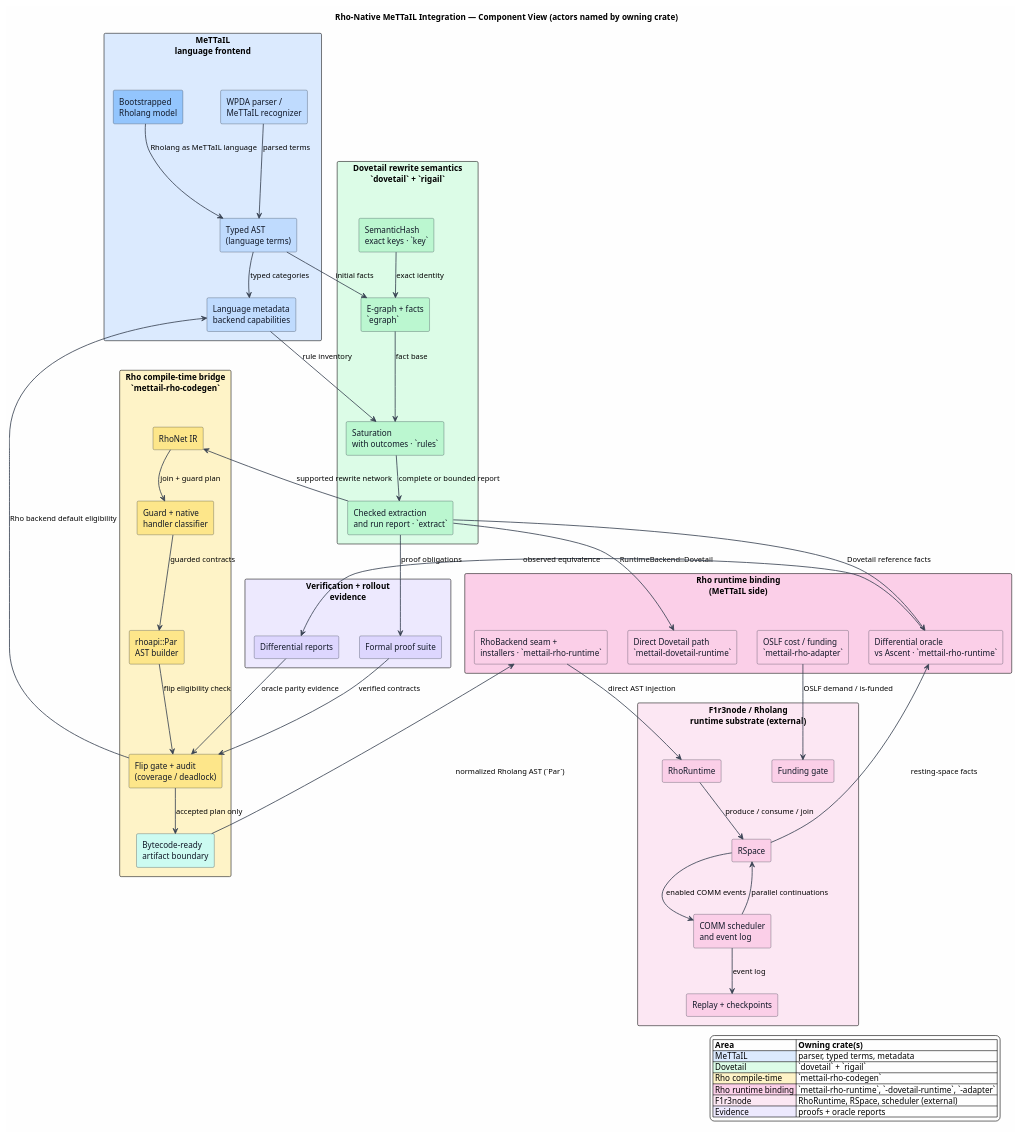
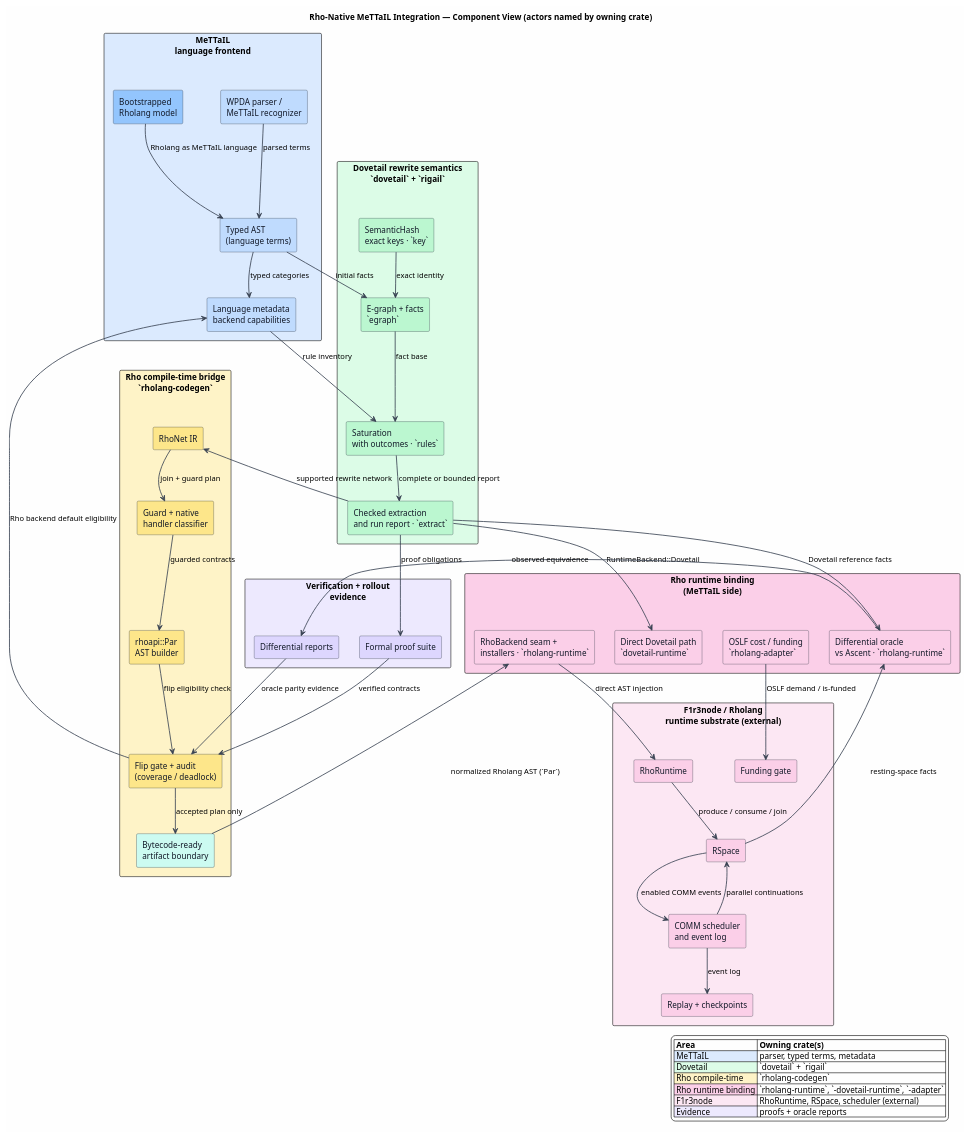
The diagram in docs/architecture/rho-native-integration/figures/README.puml (F1R3FLY-io/mettail-rust), drawn with PlantUML before and after one commit. The commit also changed 188 other files, not shown here.

```diff
--- a/docs/architecture/rho-native-integration/figures/README.puml
+++ b/docs/architecture/rho-native-integration/figures/README.puml
@@ -1,94 +1,94 @@
 @startuml
 title Rho-Native MeTTaIL Integration — Component View (actors named by owning crate)
 
 skinparam backgroundColor #FEFEFE
 skinparam componentStyle rectangle
 skinparam shadowing false
 skinparam ArrowColor #374151
 skinparam ArrowThickness 1.4
 skinparam component {
   BorderColor #1F2937
   FontColor #111827
 }
 
 rectangle "MeTTaIL\nlanguage frontend" as M #DBEAFE {
   component "WPDA parser /\nMeTTaIL recognizer" as Parser #BFDBFE
   component "Typed AST\n(language terms)" as AST #BFDBFE
   component "Language metadata\nbackend capabilities" as Metadata #BFDBFE
   component "Bootstrapped\nRholang model" as RhoModel #93C5FD
 }
 
 rectangle "Dovetail rewrite semantics\n`dovetail` + `rigail`" as D #DCFCE7 {
   component "SemanticHash\nexact keys · `key`" as Keys #BBF7D0
   component "E-graph + facts\n`egraph`" as EGraph #BBF7D0
   component "Saturation\nwith outcomes · `rules`" as Saturation #BBF7D0
   component "Checked extraction\nand run report · `extract`" as Report #BBF7D0
 }
 
-rectangle "Rho compile-time bridge\n`mettail-rho-codegen`" as B #FEF3C7 {
+rectangle "Rho compile-time bridge\n`rholang-codegen`" as B #FEF3C7 {
   component "RhoNet IR" as RhoNet #FDE68A
   component "Guard + native\nhandler classifier" as Guards #FDE68A
   component "rhoapi::Par\nAST builder" as AstBuilder #FDE68A
   component "Flip gate + audit\n(coverage / deadlock)" as Gate #FDE68A
   component "Bytecode-ready\nartifact boundary" as Artifact #CCFBF1
 }
 
 rectangle "Rho runtime binding\n(MeTTaIL side)" as R #FBCFE8 {
-  component "RhoBackend seam +\ninstallers · `mettail-rho-runtime`" as Seam #FBCFE8
-  component "Differential oracle\nvs Ascent · `mettail-rho-runtime`" as Oracle #FBCFE8
-  component "Direct Dovetail path\n`mettail-dovetail-runtime`" as DirectPath #FBCFE8
-  component "OSLF cost / funding\n`mettail-rho-adapter`" as Cost #FBCFE8
+  component "RhoBackend seam +\ninstallers · `rholang-runtime`" as Seam #FBCFE8
+  component "Differential oracle\nvs Ascent · `rholang-runtime`" as Oracle #FBCFE8
+  component "Direct Dovetail path\n`dovetail-runtime`" as DirectPath #FBCFE8
+  component "OSLF cost / funding\n`rholang-adapter`" as Cost #FBCFE8
 }
 
 rectangle "F1r3node / Rholang\nruntime substrate (external)" as F #FCE7F3 {
   component "RhoRuntime" as Runtime #FBCFE8
   component "RSpace" as RSpace #FBCFE8
   component "COMM scheduler\nand event log" as Scheduler #FBCFE8
   component "Replay + checkpoints" as Replay #FBCFE8
   component "Funding gate" as Funding #FBCFE8
 }
 
 rectangle "Verification + rollout\nevidence" as V #EDE9FE {
   component "Formal proof suite" as Formal #DDD6FE
   component "Differential reports" as Diff #DDD6FE
 }
 
 Parser --> AST : parsed terms
 AST --> Metadata : typed categories
 RhoModel --> AST : Rholang as MeTTaIL language
 AST --> EGraph : initial facts
 Metadata --> Saturation : rule inventory
 Keys --> EGraph : exact identity
 EGraph --> Saturation : fact base
 Saturation --> Report : complete or bounded report
 Report --> RhoNet : supported rewrite network
 RhoNet --> Guards : join + guard plan
 Guards --> AstBuilder : guarded contracts
 AstBuilder --> Gate : flip eligibility check
 Gate --> Artifact : accepted plan only
 Artifact --> Seam : normalized Rholang AST (`Par`)
 Report --> DirectPath : RuntimeBackend::Dovetail
 Seam --> Runtime : direct AST injection
 Runtime --> RSpace : produce / consume / join
 RSpace --> Scheduler : enabled COMM events
 Scheduler --> RSpace : parallel continuations
 Scheduler --> Replay : event log
 Cost --> Funding : OSLF demand / is-funded
 RSpace --> Oracle : resting-space facts
 Report --> Oracle : Dovetail reference facts
 Oracle --> Diff : observed equivalence
 Report --> Formal : proof obligations
 Formal --> Gate : verified contracts
 Diff --> Gate : oracle parity evidence
 Gate --> Metadata : Rho backend default eligibility
 
 legend right
 |= Area |= Owning crate(s) |
 |<#DBEAFE> MeTTaIL | parser, typed terms, metadata |
 |<#DCFCE7> Dovetail | `dovetail` + `rigail` |
-|<#FEF3C7> Rho compile-time | `mettail-rho-codegen` |
-|<#FBCFE8> Rho runtime binding | `mettail-rho-runtime`, `-dovetail-runtime`, `-adapter` |
+|<#FEF3C7> Rho compile-time | `rholang-codegen` |
+|<#FBCFE8> Rho runtime binding | `rholang-runtime`, `-dovetail-runtime`, `-adapter` |
 |<#FCE7F3> F1r3node | RhoRuntime, RSpace, scheduler (external) |
 |<#EDE9FE> Evidence | proofs + oracle reports |
 endlegend
 @enduml
```
